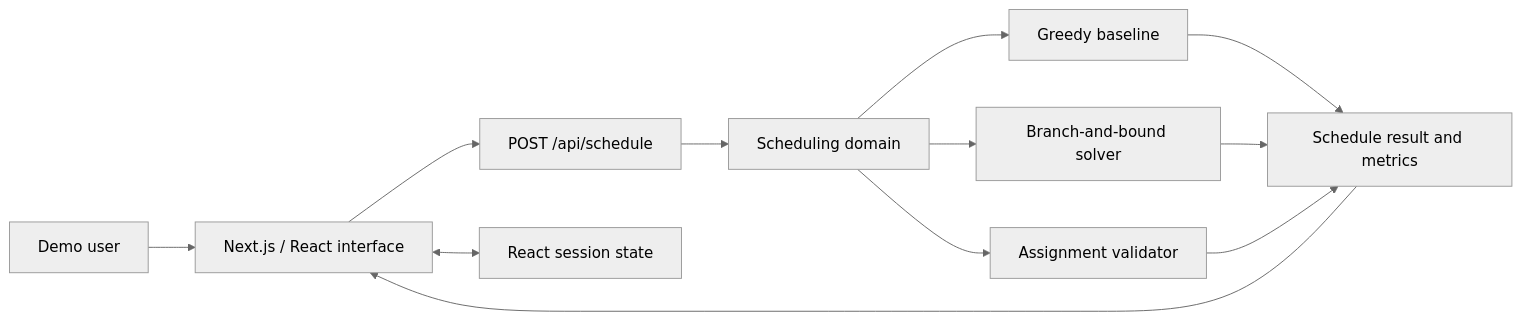
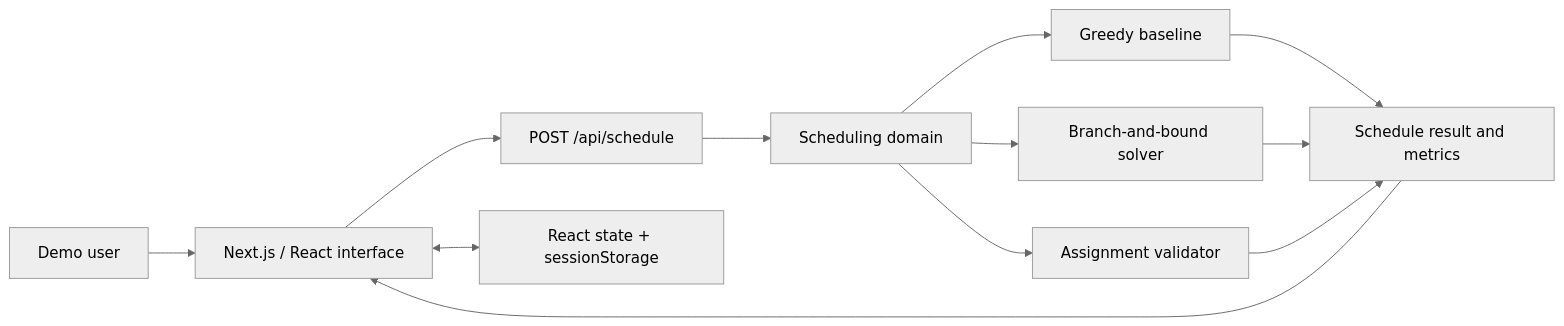
The first of 2 diagrams in docs/architecture.md (kanwarvig/shiftcraft-scheduler), drawn with Mermaid (neutral theme) before and after one commit. The commit also changed other lines of this file and 21 other files, not shown here.

````diff
--- a/docs/architecture.md
+++ b/docs/architecture.md
@@ -9,14 +9,14 @@
 ```mermaid
 flowchart LR
     U[Demo user] --> UI[Next.js / React interface]
     UI --> A[POST /api/schedule]
     A --> D[Scheduling domain]
     D --> G[Greedy baseline]
     D --> B[Branch-and-bound solver]
     D --> V[Assignment validator]
-    UI <--> P[React session state]
+    UI <--> P[React state + sessionStorage]
     G --> R[Schedule result and metrics]
     B --> R
     V --> R
     R --> UI
 ```
````
